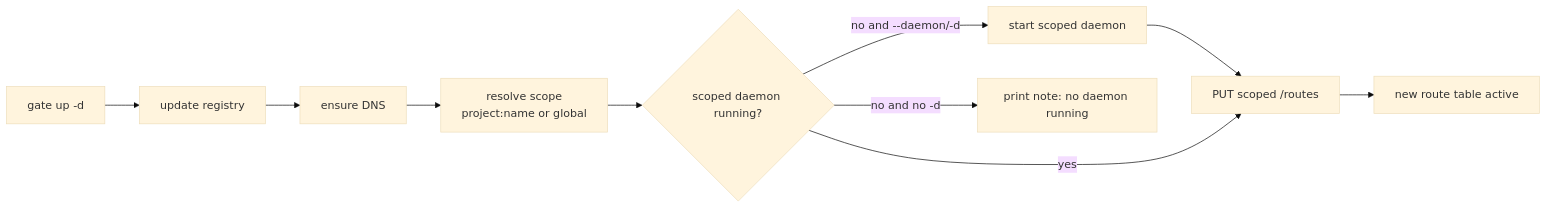
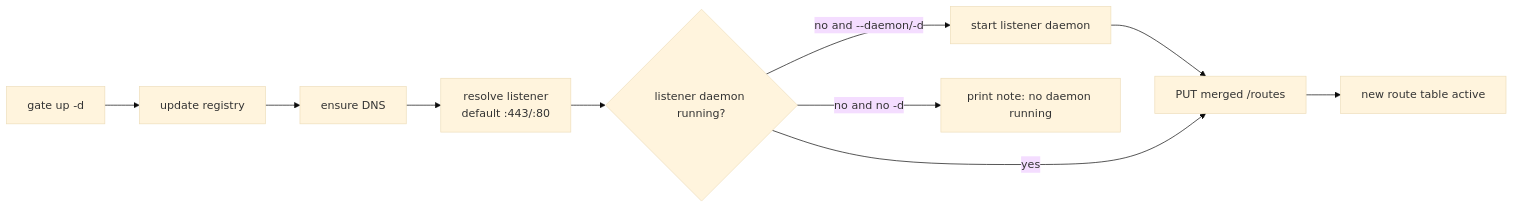
The eighth of 12 diagrams in docs/spec.md (jinyongp/gate), drawn with Mermaid (base theme) before and after one commit. The commit also changed other lines of this file and 38 other files, not shown here.

First line of the commit message:
feat(cli)!: key daemons by listener

````diff
--- a/docs/spec.md
+++ b/docs/spec.md
@@ -398,17 +399,17 @@
 ```mermaid
 flowchart LR
     cli["gate up -d"]
     store["update registry"]
     dns["ensure DNS"]
-    scope["resolve scope<br/>project:name or global"]
-    start{"scoped daemon running?"}
-    launch["start scoped daemon"]
-    push["PUT scoped /routes"]
+    listener["resolve listener<br/>default :443/:80"]
+    start{"listener daemon running?"}
+    launch["start listener daemon"]
+    push["PUT merged /routes"]
     active["new route table active"]
 
-    cli --> store --> dns --> scope --> start
+    cli --> store --> dns --> listener --> start
     start -->|"no and --daemon/-d"| launch --> push
     start -->|"yes"| push
     start -->|"no and no -d"| note["print note: no daemon running"]
     push --> active
 ```
````
